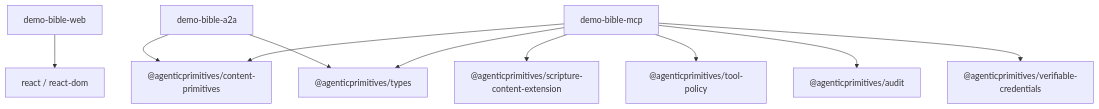
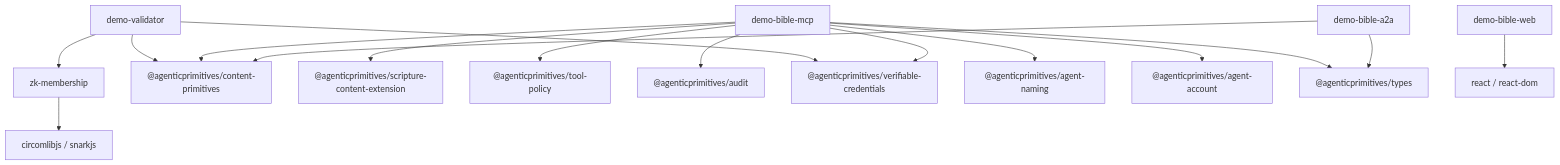
One commit to rpedersen3/verifiable-content-demo changed the first of 7 diagrams in documents/technical-architecture.md. Above: the diagram before and after it, drawn with Mermaid. The commit also changed other lines of this file and 9 other files, not shown here.

````diff
--- a/documents/technical-architecture.md
+++ b/documents/technical-architecture.md
@@ -22,22 +26,33 @@
 ```mermaid
 flowchart TD
   Web["demo-bible-web"]
   A2A["demo-bible-a2a"]
   MCP["demo-bible-mcp"]
+  Validator["demo-validator"]
+  ZK["zk-membership"]
   CP["@agenticprimitives/content-primitives"]
   Scripture["@agenticprimitives/scripture-content-extension"]
   Policy["@agenticprimitives/tool-policy"]
   Audit["@agenticprimitives/audit"]
   VC["@agenticprimitives/verifiable-credentials"]
+  Naming["@agenticprimitives/agent-naming"]
+  Account["@agenticprimitives/agent-account"]
+  Snark["circomlibjs / snarkjs"]
   Types["@agenticprimitives/types"]
 
   Web --> React["react / react-dom"]
   A2A --> CP
   A2A --> Types
   MCP --> CP
   MCP --> Scripture
   MCP --> Policy
   MCP --> Audit
   MCP --> VC
+  MCP --> Naming
+  MCP --> Account
   MCP --> Types
+  Validator --> CP
+  Validator --> VC
+  Validator --> ZK
+  ZK --> Snark
 ```
````
